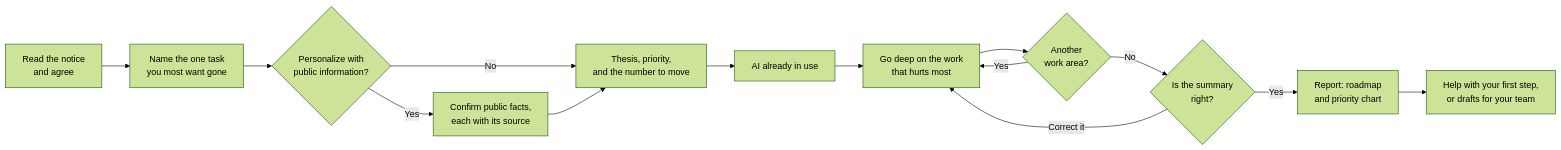
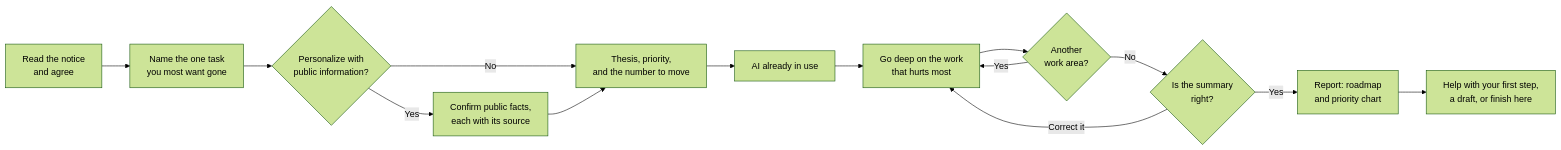
Before and after one commit to nxtpartners/nxt-fund-blueprint: the first of 2 diagrams in README.md, drawn with Mermaid (forest theme). The commit also changed 9 other files, not shown here.

````diff
--- a/README.md
+++ b/README.md
@@ -92,16 +92,16 @@
 ```mermaid
 flowchart LR
     A[Read the notice<br/>and agree] --> B[Name the one task<br/>you most want gone]
     B --> C{Personalize with<br/>public information?}
     C -- Yes --> D[Confirm public facts,<br/>each with its source]
     C -- No --> E[Thesis, priority,<br/>and the number to move]
     D --> E
     E --> F[AI already in use]
     F --> G[Go deep on the work<br/>that hurts most]
     G --> H{Another<br/>work area?}
     H -- Yes --> G
     H -- No --> I{Is the summary<br/>right?}
     I -- Correct it --> G
     I -- Yes --> J[Report: roadmap<br/>and priority chart]
-    J --> K[Help with your first step,<br/>or drafts for your team]
+    J --> K[Help with your first step,<br/>a draft, or finish here]
 ```
````
